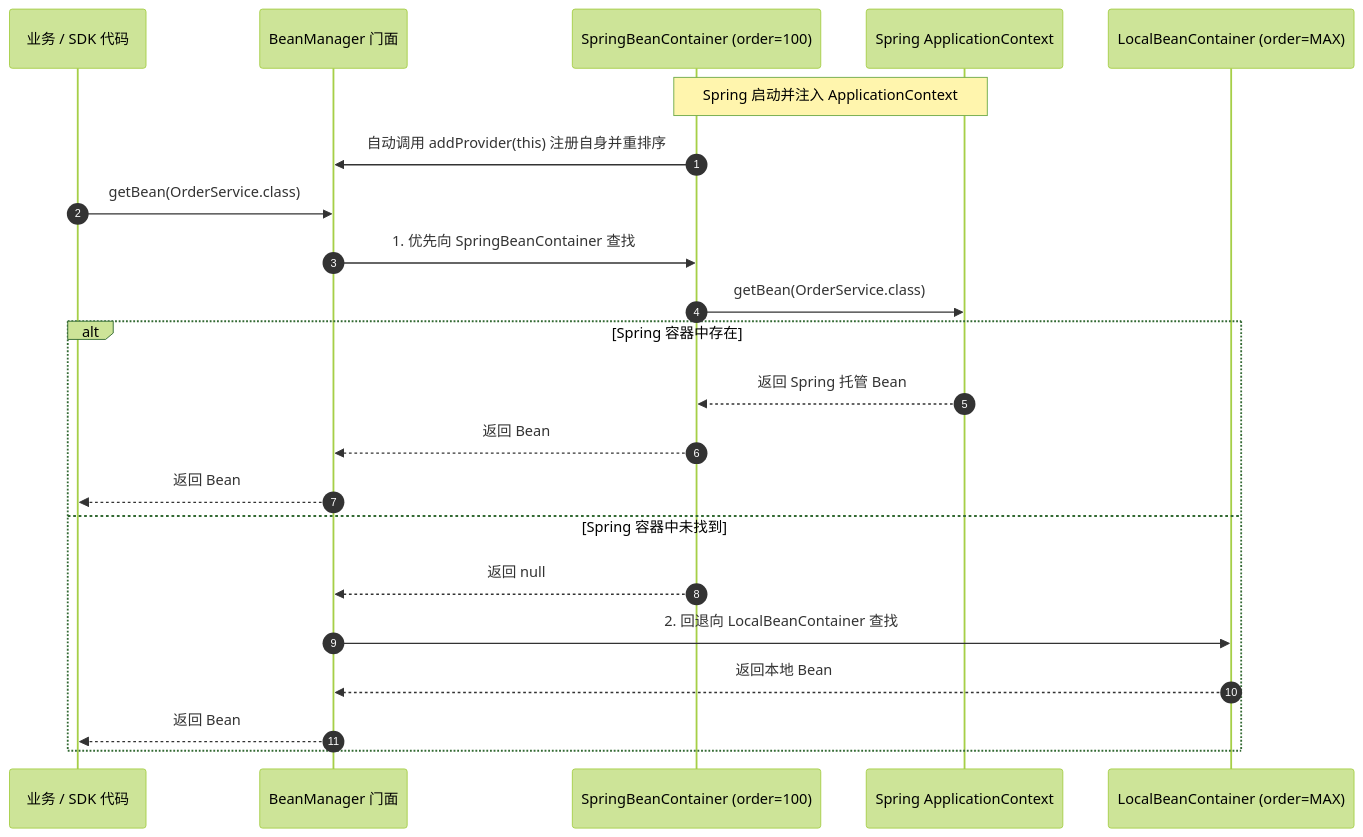
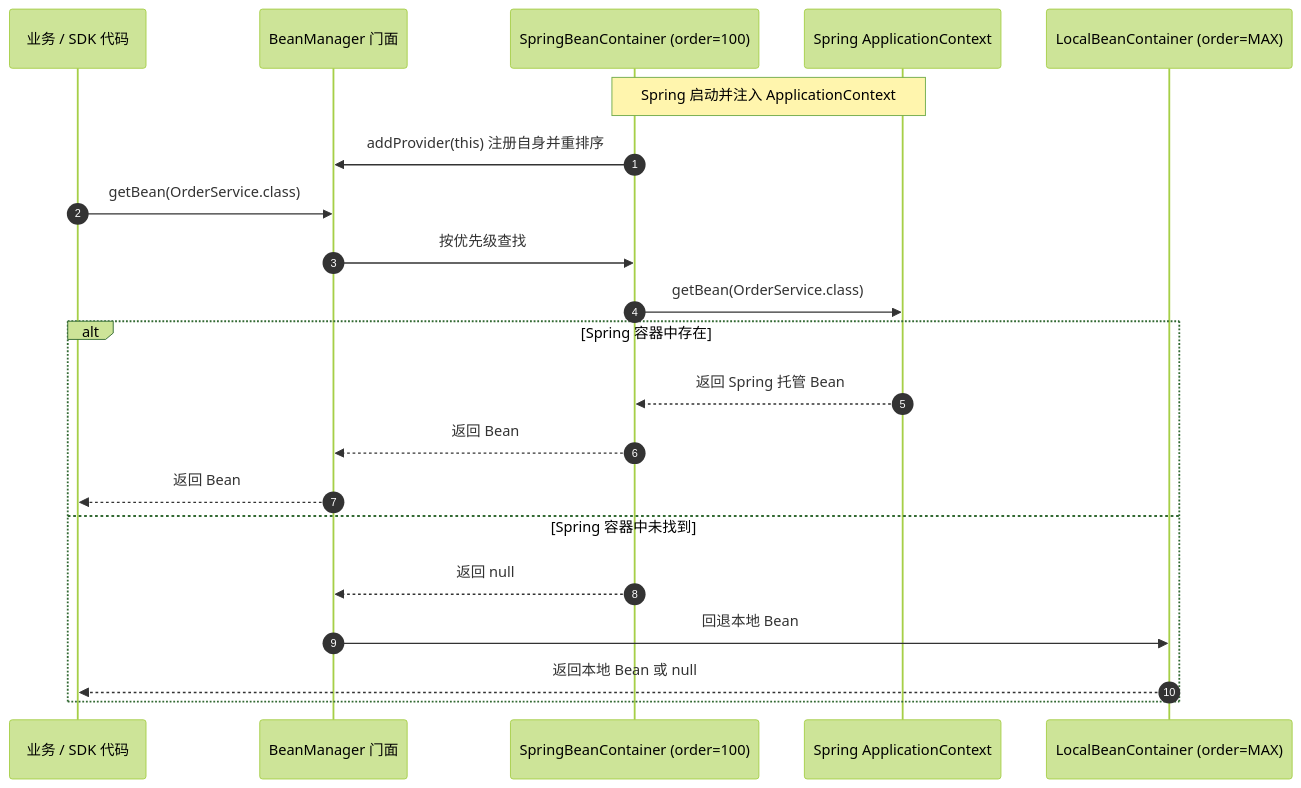
Before and after one commit to team4u/team4u-framework: the diagram in docs/bean/bean-spring.md, drawn with Mermaid (forest theme). The commit also changed other lines of this file and 18 other files, not shown here.

Commit message:
refactor(bean): split plain spring adapter

````diff
--- a/docs/bean/bean-spring.md
+++ b/docs/bean/bean-spring.md
@@ -9,26 +43,25 @@
 ```mermaid
 sequenceDiagram
     autonumber
     participant App as 业务 / SDK 代码
     participant BM as BeanManager 门面
     participant SC as SpringBeanContainer (order=100)
     participant SpCtx as Spring ApplicationContext
     participant LC as LocalBeanContainer (order=MAX)
 
     Note over SC,SpCtx: Spring 启动并注入 ApplicationContext
-    SC->>BM: 自动调用 addProvider(this) 注册自身并重排序
+    SC->>BM: addProvider(this) 注册自身并重排序
 
     App->>BM: getBean(OrderService.class)
-    BM->>SC: 1. 优先向 SpringBeanContainer 查找
+    BM->>SC: 按优先级查找
     SC->>SpCtx: getBean(OrderService.class)
     alt Spring 容器中存在
         SpCtx-->>SC: 返回 Spring 托管 Bean
         SC-->>BM: 返回 Bean
         BM-->>App: 返回 Bean
     else Spring 容器中未找到
         SC-->>BM: 返回 null
-        BM->>LC: 2. 回退向 LocalBeanContainer 查找
-        LC-->>BM: 返回本地 Bean
-        BM-->>App: 返回 Bean
+        BM->>LC: 回退本地 Bean
+        LC-->>App: 返回本地 Bean 或 null
     end
 ```
````
